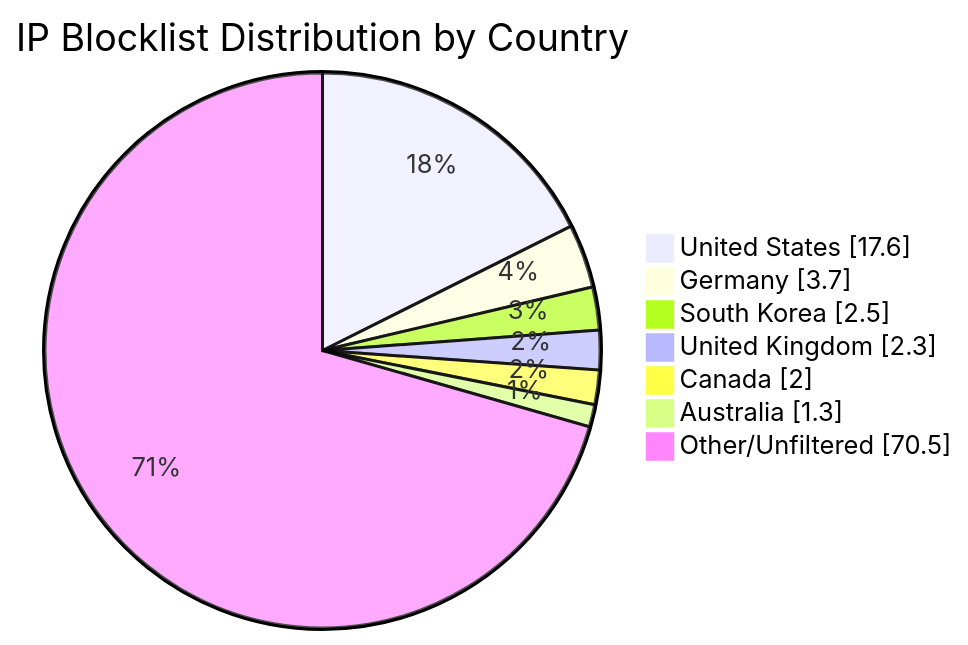
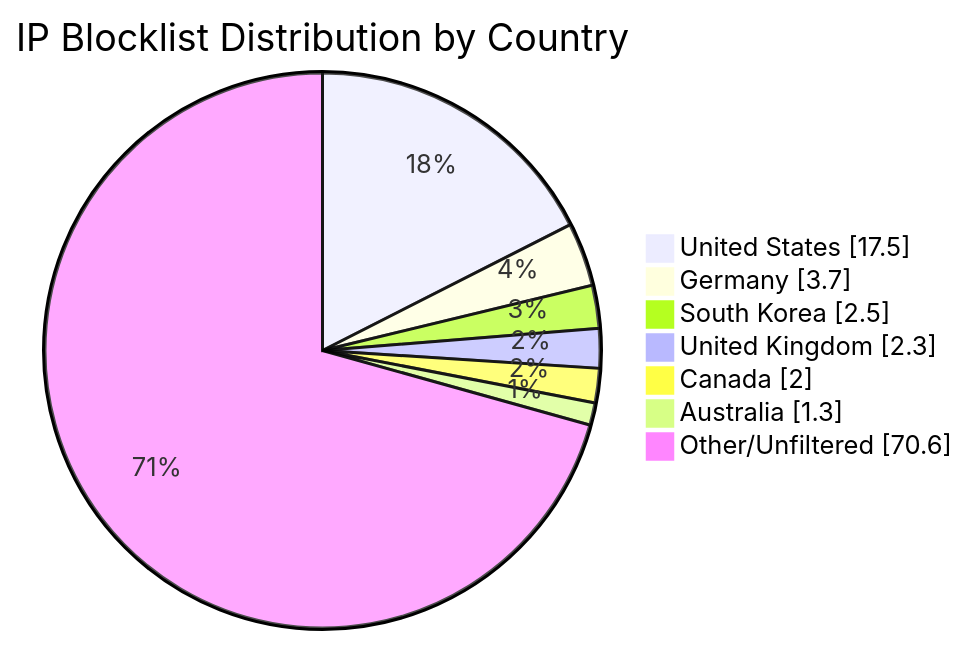
The diagram in README.md (MarcusHoltz/ipblocklist-geofiltered-aggregator), drawn with Mermaid before and after one commit. The commit also changed other lines of this file and 9 other files, not shown here.

````diff
--- a/README.md
+++ b/README.md
@@ -34,10 +34,10 @@
 ```mermaid
 pie showData title IP Blocklist Distribution by Country
-"United States" : 17.6
+"United States" : 17.5
 "Germany" : 3.7
 "South Korea" : 2.5
 "United Kingdom" : 2.3
 "Canada" : 2.0
 "Australia" : 1.3
-"Other/Unfiltered" : 70.5
+"Other/Unfiltered" : 70.6
 ```
````
